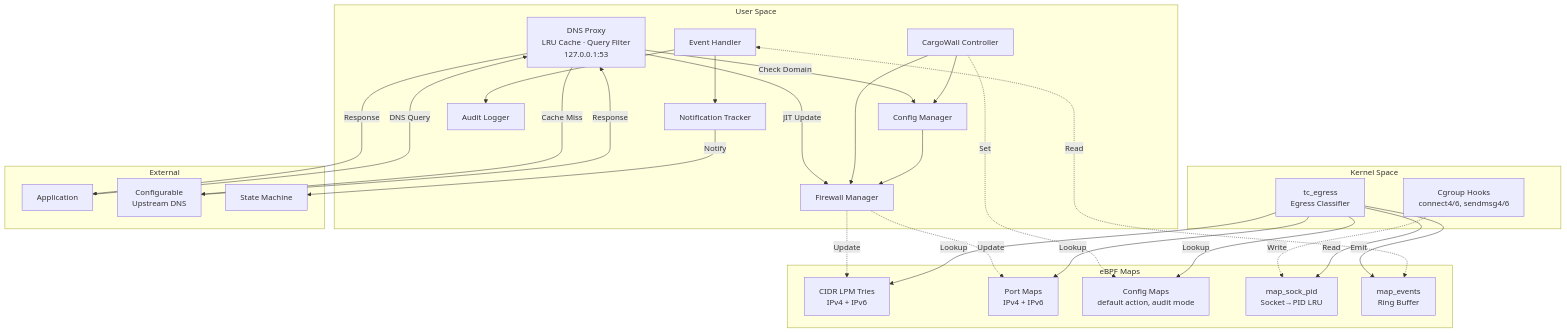
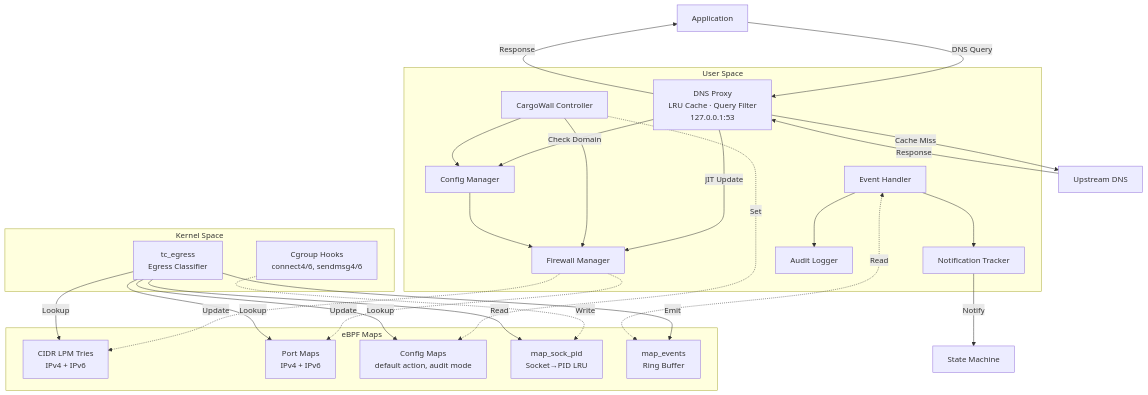
The first of 6 diagrams in design.md (code-cargo/cargowall), drawn with Mermaid before and after one commit.

Commit message:
#4 refine arch overview

````diff
--- a/design.md
+++ b/design.md
@@ -25,57 +25,56 @@
 ```mermaid
-graph TB
+flowchart TD
+    APP[Application]
+    UP[Upstream DNS]
+
     subgraph "User Space"
+        DNS["DNS Proxy<br/>LRU Cache · Query Filter<br/>127.0.0.1:53"]
         UC[CargoWall Controller]
         CM[Config Manager]
         FW[Firewall Manager]
-        DNS["DNS Proxy<br/>LRU Cache · Query Filter<br/>127.0.0.1:53"]
         EH[Event Handler]
         NT[Notification Tracker]
         AL[Audit Logger]
     end
 
     subgraph "Kernel Space"
         EG[tc_egress<br/>Egress Classifier]
         CG["Cgroup Hooks<br/>connect4/6, sendmsg4/6"]
     end
 
     subgraph "eBPF Maps"
         CIDRS["CIDR LPM Tries<br/>IPv4 + IPv6"]
         PORTS["Port Maps<br/>IPv4 + IPv6"]
         CFG["Config Maps<br/>default action, audit mode"]
         SP[map_sock_pid<br/>Socket→PID LRU]
         RB[map_events<br/>Ring Buffer]
     end
 
-    subgraph "External"
-        APP[Application]
-        UP[Configurable<br/>Upstream DNS]
-        SM[State Machine]
-    end
+    SM[State Machine]
 
     APP -->|DNS Query| DNS
-    DNS -->|Check Domain| CM
+    DNS -->|Response| APP
     DNS -->|Cache Miss| UP
     UP -->|Response| DNS
+    DNS -->|Check Domain| CM
     DNS -->|JIT Update| FW
-    DNS -->|Response| APP
 
     UC --> CM
     UC --> FW
     CM --> FW
     FW -.->|Update| CIDRS
     FW -.->|Update| PORTS
     UC -.->|Set| CFG
 
     CG -.->|Write| SP
     EG -->|Read| SP
     EG -->|Lookup| CIDRS
     EG -->|Lookup| PORTS
     EG -->|Lookup| CFG
     EG -->|Emit| RB
 
     EH <-.->|Read| RB
     EH --> AL
     EH --> NT
     NT -->|Notify| SM
 ```
````
